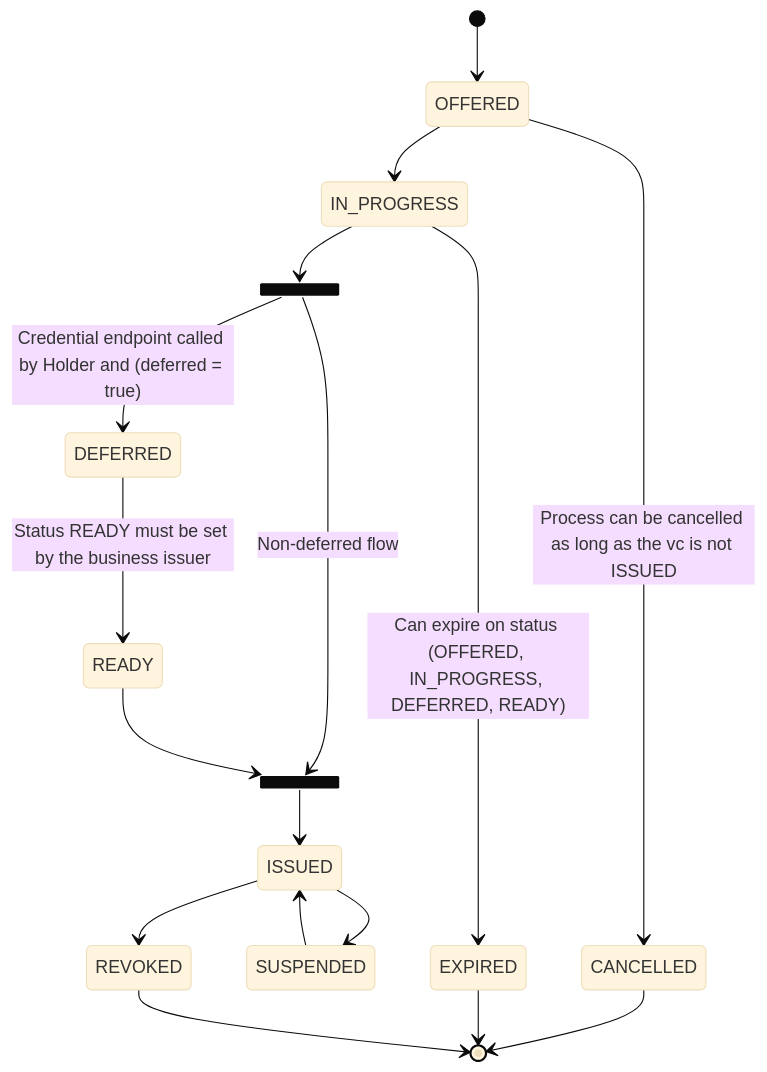
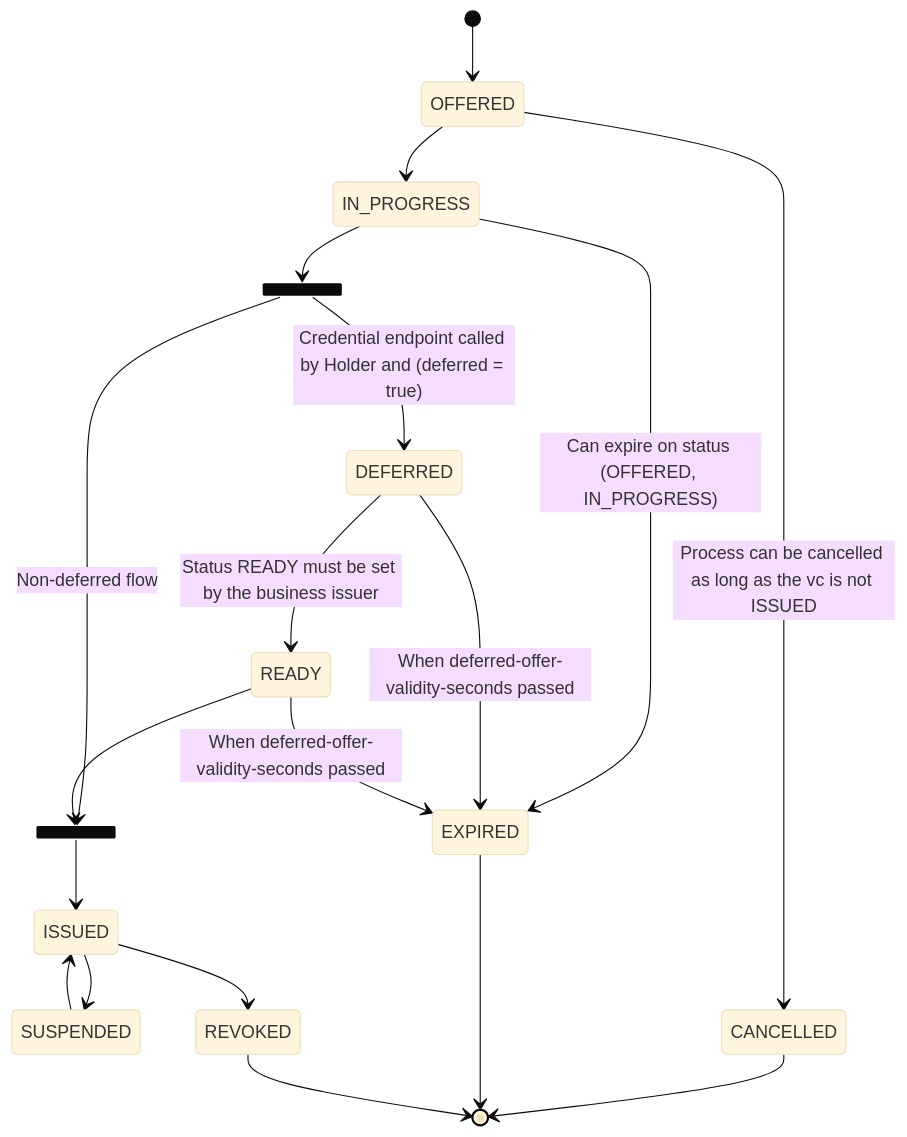
One commit to swiyu-admin-ch/swiyu-issuer changed the fifth of 5 diagrams in README.md. Above: the diagram before and after it, drawn with Mermaid (base theme). The commit also changed other lines of this file and 22 other files, not shown here.

First line of the commit message:
Feature/eidomni 307 add deferred and ready ttl (#87)

````diff
--- a/README.md
+++ b/README.md
@@ -665,29 +666,31 @@
 ```mermaid
 stateDiagram-v2
     OFFERED
     IN_PROGRESS
     state fork_state <<fork>>
     DEFERRED
     READY
     state join_state <<join>>
     EXPIRED
     ISSUED
     SUSPENDED
     REVOKED
     [*] --> OFFERED
     OFFERED --> CANCELLED : Process can be cancelled as long as the vc is not ISSUED
     CANCELLED --> [*]
     OFFERED --> IN_PROGRESS
     IN_PROGRESS --> fork_state
     fork_state --> DEFERRED : Credential endpoint called by Holder and (deferred = true)
     fork_state --> join_state : Non-deferred flow
-    IN_PROGRESS --> EXPIRED : Can expire on status (OFFERED, IN_PROGRESS, DEFERRED, READY)
+    IN_PROGRESS --> EXPIRED : Can expire on status (OFFERED, IN_PROGRESS)
     EXPIRED --> [*]
     DEFERRED --> READY : Status READY must be set by the business issuer
+    DEFERRED --> EXPIRED : When deferred-offer-validity-seconds passed
     READY --> join_state
+    READY --> EXPIRED : When deferred-offer-validity-seconds passed
     join_state --> ISSUED
     ISSUED --> SUSPENDED
     SUSPENDED --> ISSUED
     ISSUED --> REVOKED
     REVOKED --> [*]
 ```
````
